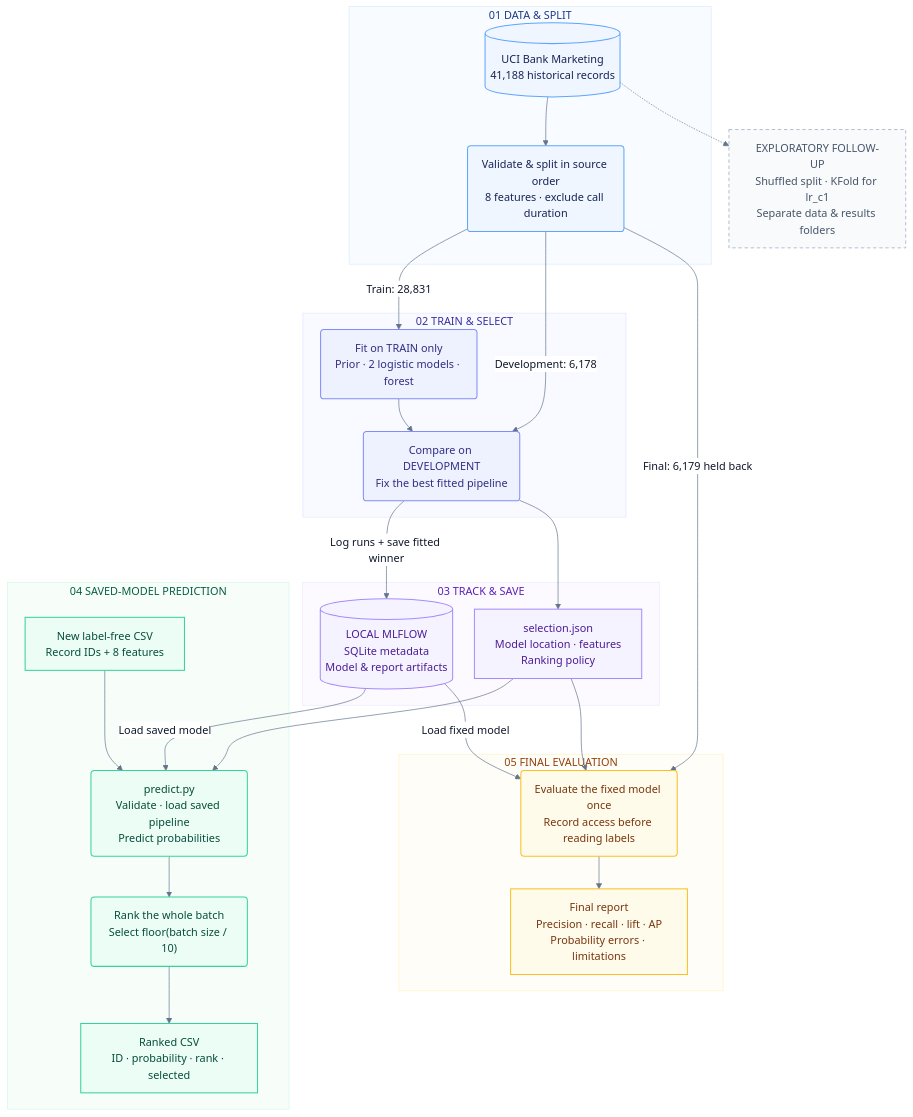
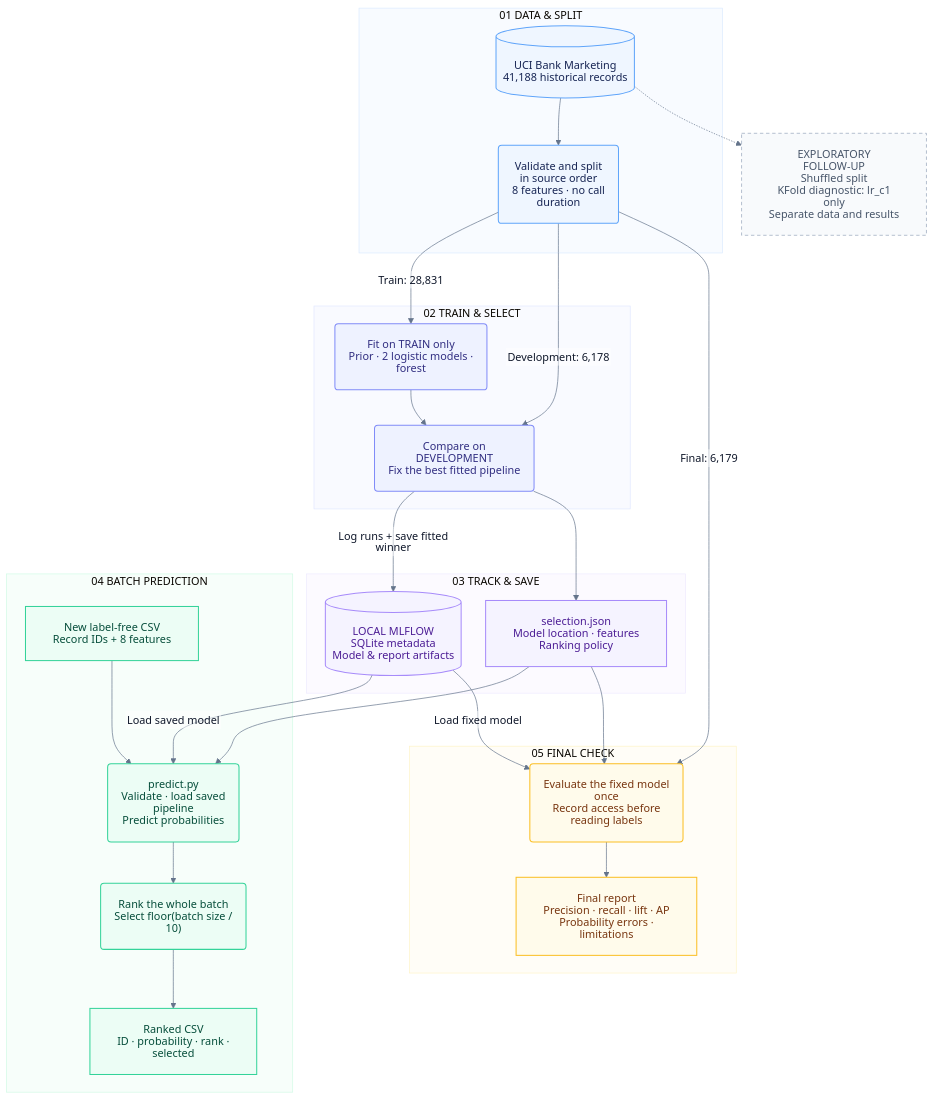
The first of 2 diagrams in docs/PROJECT_GUIDE.md (kishan0-07/campaign), drawn with Mermaid before and after one commit. The commit also changed other lines of this file and 1 other file, not shown here.

Commit message:
updated readme archi

````diff
--- a/docs/PROJECT_GUIDE.md
+++ b/docs/PROJECT_GUIDE.md
@@ -71,67 +71,67 @@
 ```mermaid
-%%{init: {"theme": "base", "themeVariables": {"fontFamily": "Segoe UI, Arial, sans-serif", "fontSize": "16px", "primaryTextColor": "#0f172a", "lineColor": "#64748b", "edgeLabelBackground": "#ffffff", "background": "#ffffff"}, "flowchart": {"curve": "basis", "nodeSpacing": 32, "rankSpacing": 48, "htmlLabels": true}}}%%
+%%{init: {"theme":"base","htmlLabels":false,"fontFamily":"Arial, Helvetica, sans-serif","themeVariables":{"fontFamily":"Arial, Helvetica, sans-serif","fontSize":"16px","primaryTextColor":"#0f172a","lineColor":"#64748b","edgeLabelBackground":"#ffffff"},"flowchart":{"htmlLabels":false,"curve":"basis","nodeSpacing":36,"rankSpacing":52,"padding":20}}}%%
 flowchart TB
-    subgraph DATA["01  DATA & SPLIT"]
+    subgraph DATA["01 DATA & SPLIT"]
         Source[("UCI Bank Marketing<br/>41,188 historical records")]
-        Split("Validate & split in source order<br/>8 features · exclude call duration")
+        Split("Validate and split<br/>in source order<br/>8 features · no call duration")
         Source --> Split
     end
 
-    subgraph BUILD["02  TRAIN & SELECT"]
+    subgraph BUILD["02 TRAIN & SELECT"]
         Fit("Fit on TRAIN only<br/>Prior · 2 logistic models · forest")
         Compare("Compare on DEVELOPMENT<br/>Fix the best fitted pipeline")
         Fit --> Compare
     end
 
-    subgraph SAVE["03  TRACK & SAVE"]
+    subgraph SAVE["03 TRACK & SAVE"]
         Tracking[("LOCAL MLFLOW<br/>SQLite metadata<br/>Model & report artifacts")]
         Selection["selection.json<br/>Model location · features<br/>Ranking policy"]
     end
 
-    subgraph USE["04  SAVED-MODEL PREDICTION"]
+    subgraph USE["04 BATCH PREDICTION"]
         Incoming["New label-free CSV<br/>Record IDs + 8 features"]
         CLI("predict.py<br/>Validate · load saved pipeline<br/>Predict probabilities")
         Rank("Rank the whole batch<br/>Select floor(batch size / 10)")
         Output["Ranked CSV<br/>ID · probability · rank · selected"]
         Incoming --> CLI --> Rank --> Output
     end
 
-    subgraph CHECK["05  FINAL EVALUATION"]
+    subgraph CHECK["05 FINAL CHECK"]
         Evaluate("Evaluate the fixed model once<br/>Record access before reading labels")
         Report["Final report<br/>Precision · recall · lift · AP<br/>Probability errors · limitations"]
         Evaluate --> Report
     end
 
-    Followup["EXPLORATORY FOLLOW-UP<br/>Shuffled split · KFold for lr_c1<br/>Separate data & results folders"]
+    Followup["EXPLORATORY FOLLOW-UP<br/>Shuffled split<br/>KFold diagnostic: lr_c1 only<br/>Separate data and results"]
 
     Split -->|Train: 28,831| Fit
     Split -->|Development: 6,178| Compare
     Compare -->|Log runs + save fitted winner| Tracking
     Compare --> Selection
     Tracking -->|Load saved model| CLI
     Selection --> CLI
-    Split -->|Final: 6,179 held back| Evaluate
+    Split -->|Final: 6,179| Evaluate
     Tracking -->|Load fixed model| Evaluate
     Selection --> Evaluate
     Source -.-> Followup
 
     classDef data fill:#eff6ff,stroke:#60a5fa,color:#172554,stroke-width:1.5px;
     classDef process fill:#eef2ff,stroke:#818cf8,color:#312e81,stroke-width:1.5px;
     classDef store fill:#f5f3ff,stroke:#a78bfa,color:#4c1d95,stroke-width:1.5px;
     classDef inference fill:#ecfdf5,stroke:#34d399,color:#064e3b,stroke-width:1.5px;
     classDef evaluation fill:#fffbeb,stroke:#fbbf24,color:#78350f,stroke-width:1.5px;
     classDef note fill:#f8fafc,stroke:#94a3b8,color:#475569,stroke-dasharray:5 4;
 
     class Source,Split data;
     class Fit,Compare process;
     class Tracking,Selection store;
     class Incoming,CLI,Rank,Output inference;
     class Evaluate,Report evaluation;
     class Followup note;
 
     style DATA fill:#f8fbff,stroke:#dbeafe,color:#1e3a8a
     style BUILD fill:#f9faff,stroke:#e0e7ff,color:#3730a3
     style SAVE fill:#fcfaff,stroke:#ede9fe,color:#5b21b6
     style USE fill:#f7fefa,stroke:#d1fae5,color:#065f46
     style CHECK fill:#fffdf7,stroke:#fef3c7,color:#92400e
 ```
````
